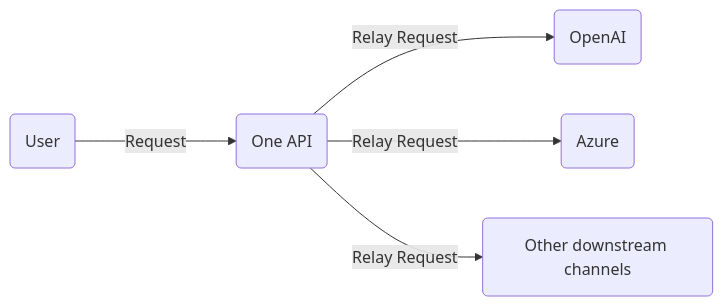
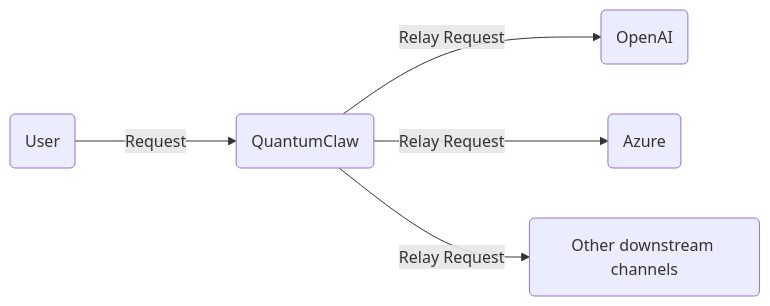
One commit to JonesVale/QuantumClaw changed the diagram in README.en.md. Above: the diagram before and after it, drawn with Mermaid. The commit also changed other lines of this file and 606 other files, not shown here.

````diff
--- a/README.en.md
+++ b/README.en.md
@@ -223,8 +223,8 @@
 ```mermaid
 graph LR
     A(User)
-    A --->|Request| B(One API)
+    A --->|Request| B(QuantumClaw)
     B -->|Relay Request| C(OpenAI)
     B -->|Relay Request| D(Azure)
     B -->|Relay Request| E(Other downstream channels)
 ```
````
